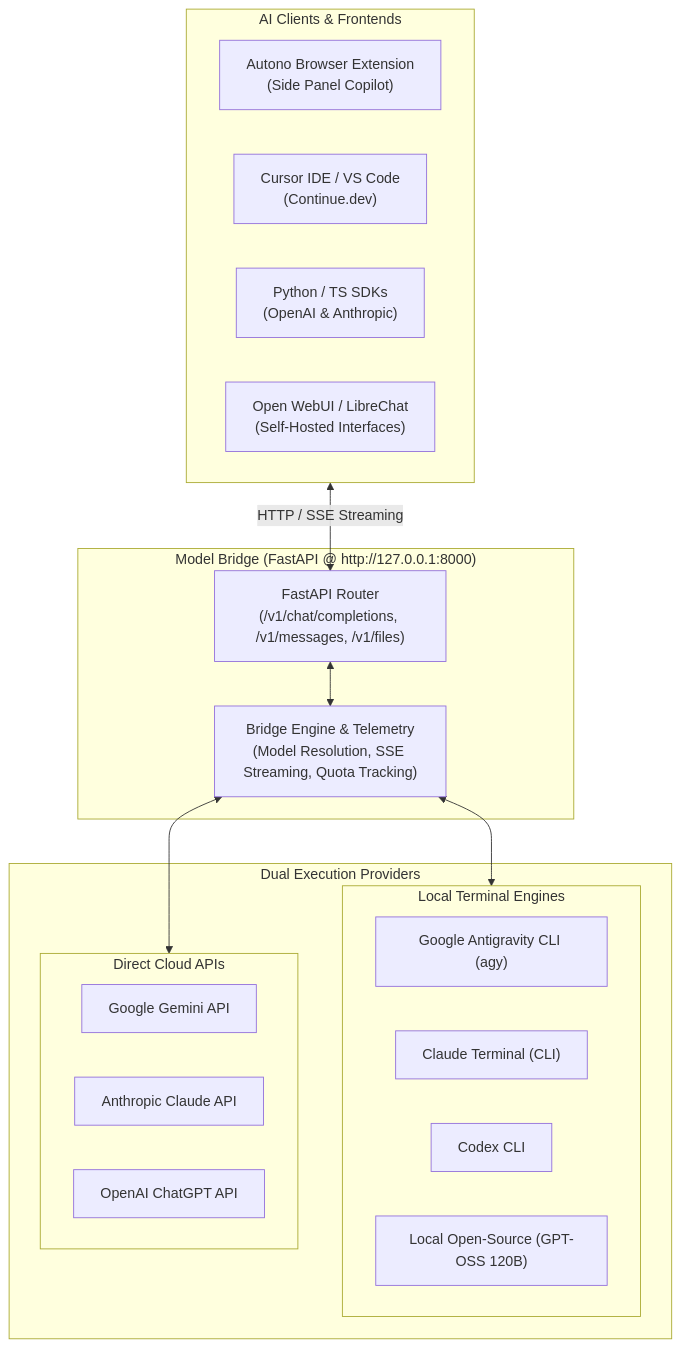
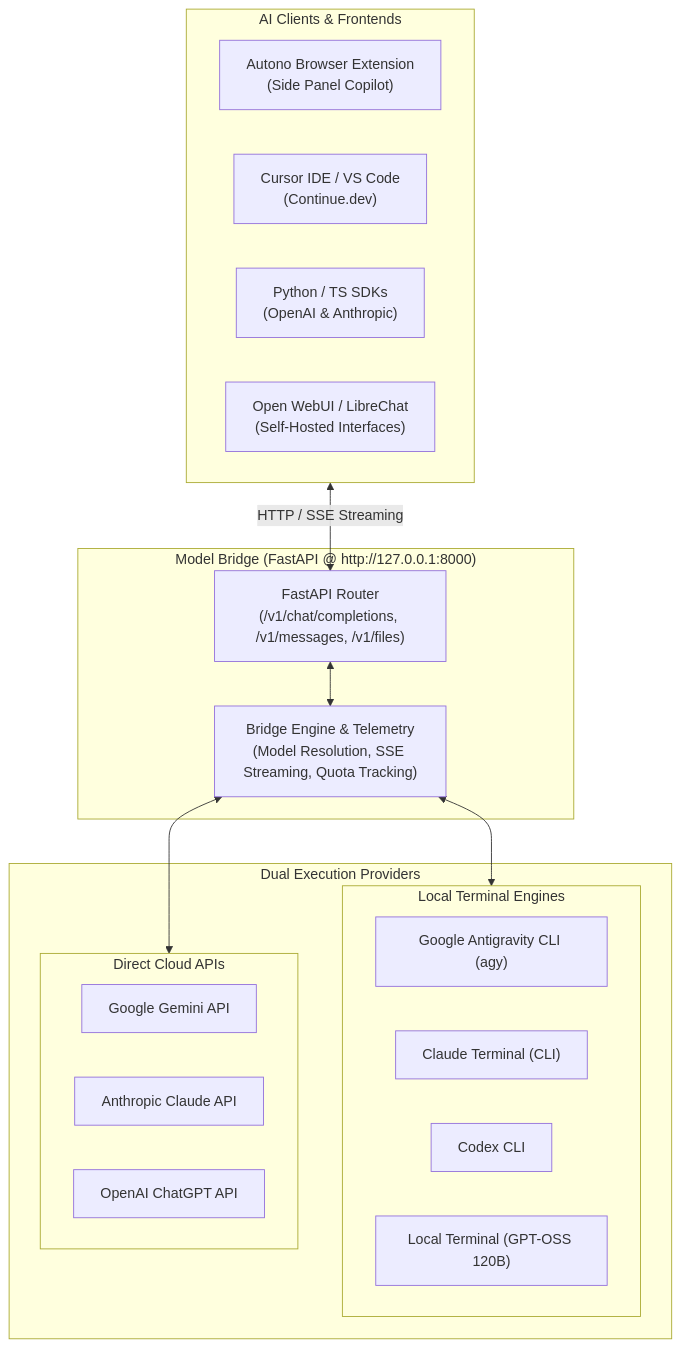
The diagram in README.md (MatiasV3B/ModelBridge), drawn with Mermaid before and after one commit. The commit also changed other lines of this file, not shown here.

Commit message:
docs: remove open weights references and clarify GPT-OSS terminal/OpenAI API modes

````diff
--- a/README.md
+++ b/README.md
@@ -43,33 +43,33 @@
 ```mermaid
 flowchart TD
     subgraph Clients ["AI Clients & Frontends"]
         Autono["Autono Browser Extension\n(Side Panel Copilot)"]
         Cursor["Cursor IDE / VS Code\n(Continue.dev)"]
         SDK["Python / TS SDKs\n(OpenAI & Anthropic)"]
         WebUI["Open WebUI / LibreChat\n(Self-Hosted Interfaces)"]
     end
 
     subgraph Bridge ["Model Bridge (FastAPI @ http://127.0.0.1:8000)"]
         Router["FastAPI Router\n(/v1/chat/completions, /v1/messages, /v1/files)"]
         Engine["Bridge Engine & Telemetry\n(Model Resolution, SSE Streaming, Quota Tracking)"]
         Router <--> Engine
     end
 
     subgraph Engines ["Dual Execution Providers"]
         subgraph TerminalEngines ["Local Terminal Engines"]
             AgyCLI["Google Antigravity CLI (agy)"]
             ClaudeCLI["Claude Terminal (CLI)"]
             CodexCLI["Codex CLI"]
-            LocalWeights["Local Open-Source (GPT-OSS 120B)"]
+            LocalWeights["Local Terminal (GPT-OSS 120B)"]
         end
         subgraph DirectAPIs ["Direct Cloud APIs"]
             GeminiAPI["Google Gemini API"]
             AnthropicAPI["Anthropic Claude API"]
             OpenAIAPI["OpenAI ChatGPT API"]
         end
     end
 
     Clients <-->|HTTP / SSE Streaming| Router
     Engine <--> TerminalEngines
     Engine <--> DirectAPIs
 ```
````
